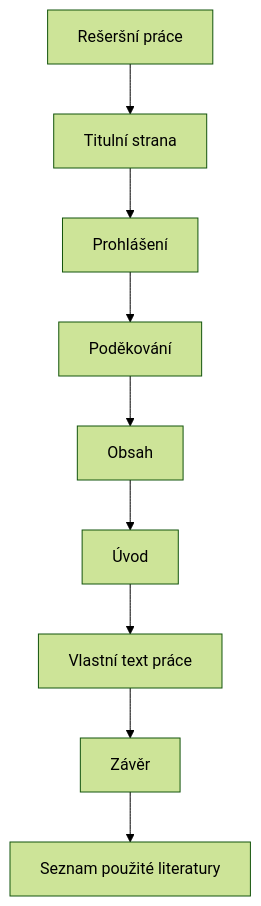
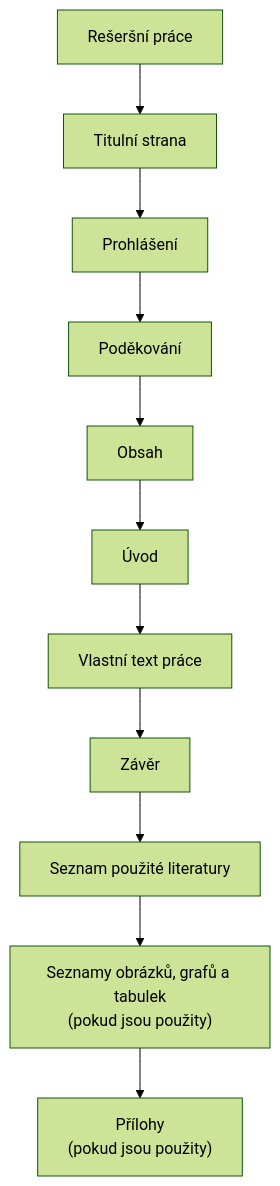
The diagram in docs/priprava/resersni-prace.md (faitjaroslav-byte/maturitni_prace), drawn with Mermaid (forest theme) before and after one commit. The commit also changed other lines of this file and 4 other files, not shown here.

````diff
--- a/docs/priprava/resersni-prace.md
+++ b/docs/priprava/resersni-prace.md
@@ -8,12 +8,14 @@
 ```mermaid
 flowchart TB
     A["Rešeršní práce"]
     A --> B["Titulní strana"]
     B --> C["Prohlášení"]
     C --> D["Poděkování"]
     D --> E["Obsah"]
     E --> F["Úvod"]
     F --> G["Vlastní text práce"]
     G --> H["Závěr"]
     H --> I["Seznam použité literatury"]
+    I --> J["Seznamy obrázků, grafů a tabulek<br/>(pokud jsou použity)"]
+    J --> K["Přílohy<br/>(pokud jsou použity)"]
 ```
````
